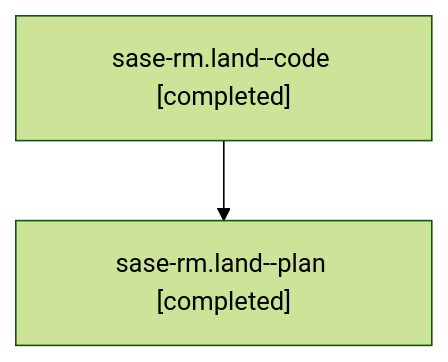
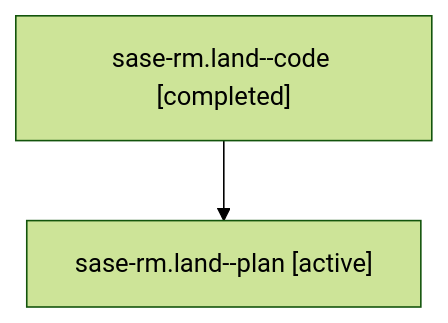
One commit to sase-org/sase--agents changed the diagram in families/bbugyi200.athena.sase-rm.land.md. Above: the diagram before and after it, drawn with Mermaid (forest theme). The commit also changed other lines of this file and 35830 other files, not shown here.

````diff
--- a/families/bbugyi200.athena.sase-rm.land.md
+++ b/families/bbugyi200.athena.sase-rm.land.md
@@ -9,6 +9,6 @@
 ```mermaid
 flowchart TD
   n0["sase-rm.land--code [completed]"]
-  n1["sase-rm.land--plan [completed]"]
+  n1["sase-rm.land--plan [active]"]
   n0 --> n1
 ```
````
